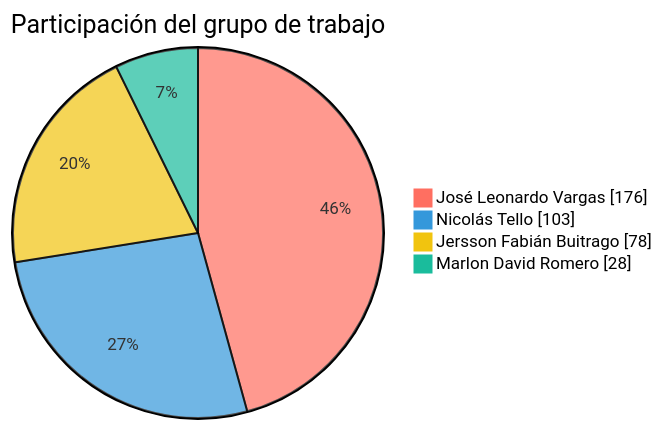
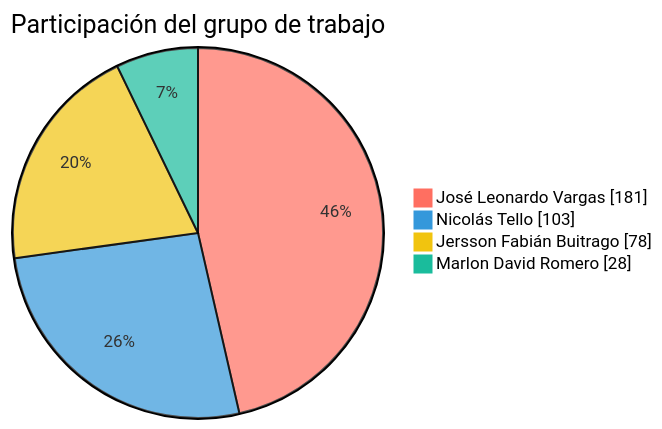
The first of 2 diagrams in README.md (FarmaExpres/FarmaExpres), drawn with Mermaid before and after one commit. The commit also changed other lines of this file and 1 other file, not shown here.

````diff
--- a/README.md
+++ b/README.md
@@ -389,9 +389,9 @@
 ```mermaid
 %%{init: {"themeVariables": {"pie1": "#ff6f61", "pie2": "#3498db", "pie3": "#f1c40f", "pie4": "#1abc9c", "pieLabelColor": "#000000", "pieLabelFontSize": "24px", "pieLabelFontWeight": "700"}}}%%
 pie showData
     title Participación del grupo de trabajo
-    "José Leonardo Vargas" : 176
+    "José Leonardo Vargas" : 181
     "Nicolás Tello" : 103
     "Jersson Fabián Buitrago" : 78
     "Marlon David Romero" : 28
 ```
````
